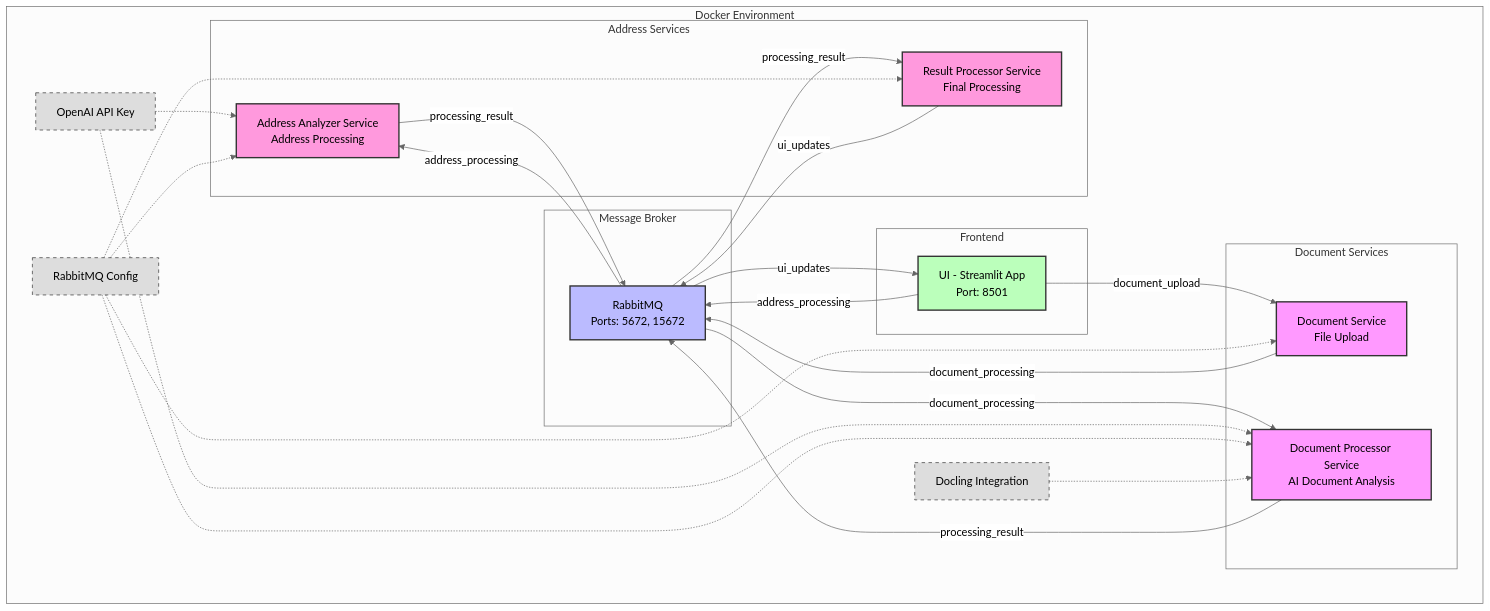
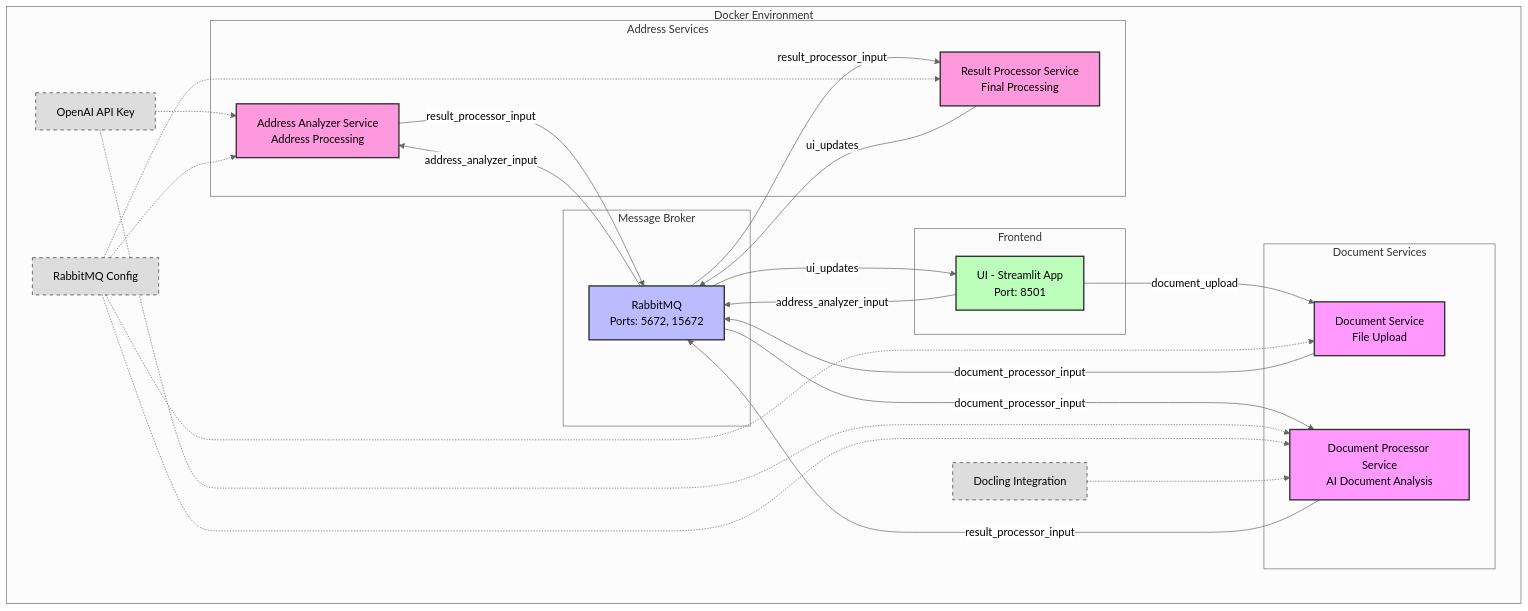
Before and after one commit to dsenften/BiscuITs: the diagram in doc/images/component-diagram.mermaid, drawn with Mermaid (neutral theme). The commit also changed 6 other files, not shown here.

```diff
--- a/doc/images/component-diagram.mermaid
+++ b/doc/images/component-diagram.mermaid
@@ -1,59 +1,59 @@
 graph TB
     subgraph Docker Environment
         subgraph Frontend
             UI[UI - Streamlit App<br/>Port: 8501]
         end
 
         subgraph Message Broker
             RMQ[RabbitMQ<br/>Ports: 5672, 15672]
         end
 
         subgraph Document Services
             DS[Document Service<br/>File Upload]
             DPS[Document Processor Service<br/>AI Document Analysis]
         end
 
         subgraph Address Services
             AAS[Address Analyzer Service<br/>Address Processing]
             RPS[Result Processor Service<br/>Final Processing]
         end
 
         %% Connections
-        UI -->|address_processing| RMQ
+        UI -->|address_analyzer_input| RMQ
         UI -->|document_upload| DS
         RMQ -->|ui_updates| UI
         
-        RMQ -->|address_processing| AAS
-        AAS -->|processing_result| RMQ
-        RMQ -->|processing_result| RPS
+        RMQ -->|address_analyzer_input| AAS
+        AAS -->|result_processor_input| RMQ
+        RMQ -->|result_processor_input| RPS
         RPS -->|ui_updates| RMQ
         
-        DS -->|document_processing| RMQ
-        RMQ -->|document_processing| DPS
-        DPS -->|processing_result| RMQ
+        DS -->|document_processor_input| RMQ
+        RMQ -->|document_processor_input| DPS
+        DPS -->|result_processor_input| RMQ
 
         %% Environment configurations
         ENV1[OpenAI API Key]
         ENV2[RabbitMQ Config]
         ENV3[Docling Integration]
         ENV1 -.-> AAS
         ENV1 -.-> DPS
         ENV2 -.-> AAS
         ENV2 -.-> RPS
         ENV2 -.-> DS
         ENV2 -.-> DPS
         ENV3 -.-> DPS
     end
 
     %% Styling
     classDef docService fill:#f9f,stroke:#333,stroke-width:2px
     classDef addressService fill:#f9d,stroke:#333,stroke-width:2px
     classDef broker fill:#bbf,stroke:#333,stroke-width:2px
     classDef ui fill:#bfb,stroke:#333,stroke-width:2px
     classDef env fill:#ddd,stroke:#333,stroke-width:1px,stroke-dasharray: 5 5
 
     class DS,DPS docService
     class AAS,RPS addressService
     class RMQ broker
     class UI ui
     class ENV1,ENV2,ENV3 env
```
